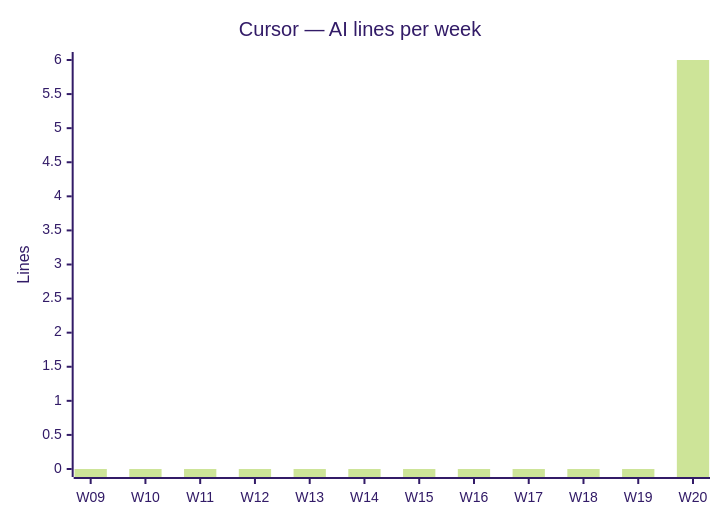
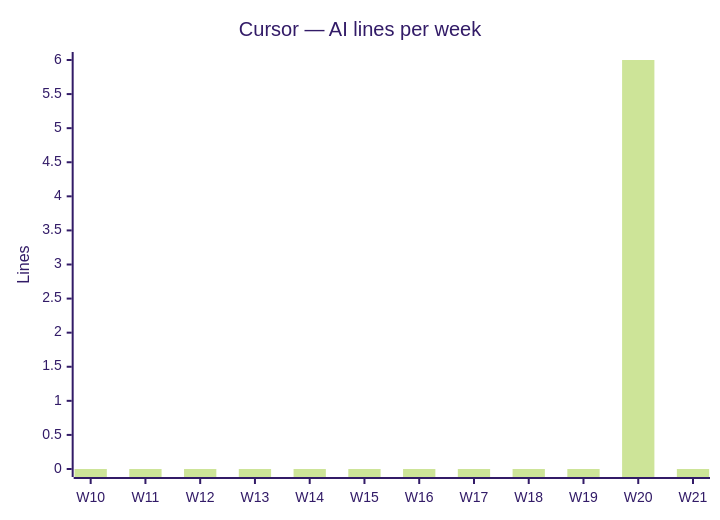
Before and after one commit to fromwaydowntown/ai-use: the fourth of 4 diagrams in docs/AI_USAGE.md, drawn with Mermaid (forest theme). The commit also changed other lines of this file, not shown here.

````diff
--- a/docs/AI_USAGE.md
+++ b/docs/AI_USAGE.md
@@ -49,7 +49,7 @@
 ```mermaid
 xychart-beta
     title "Cursor — AI lines per week"
-    x-axis ["W09", "W10", "W11", "W12", "W13", "W14", "W15", "W16", "W17", "W18", "W19", "W20"]
+    x-axis ["W10", "W11", "W12", "W13", "W14", "W15", "W16", "W17", "W18", "W19", "W20", "W21"]
     y-axis "Lines"
-    bar [0, 0, 0, 0, 0, 0, 0, 0, 0, 0, 0, 6]
+    bar [0, 0, 0, 0, 0, 0, 0, 0, 0, 0, 6, 0]
 ```
````
